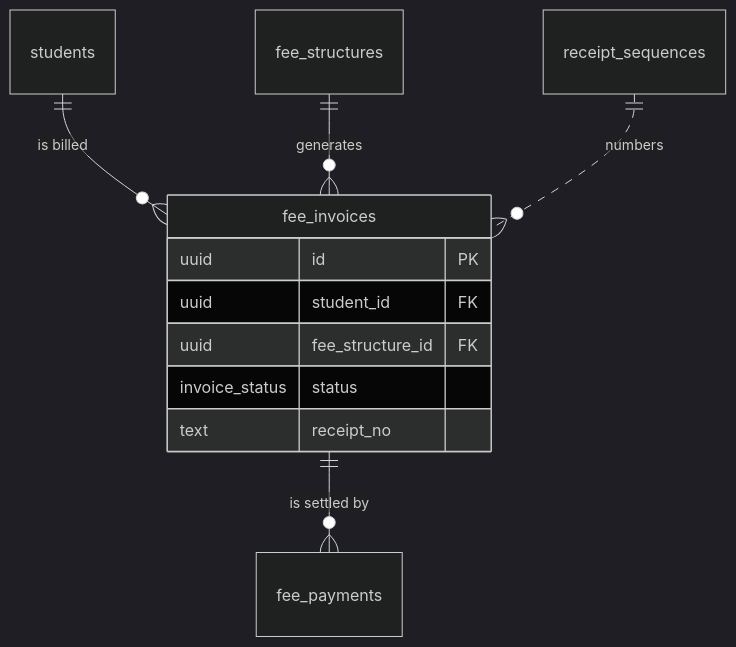
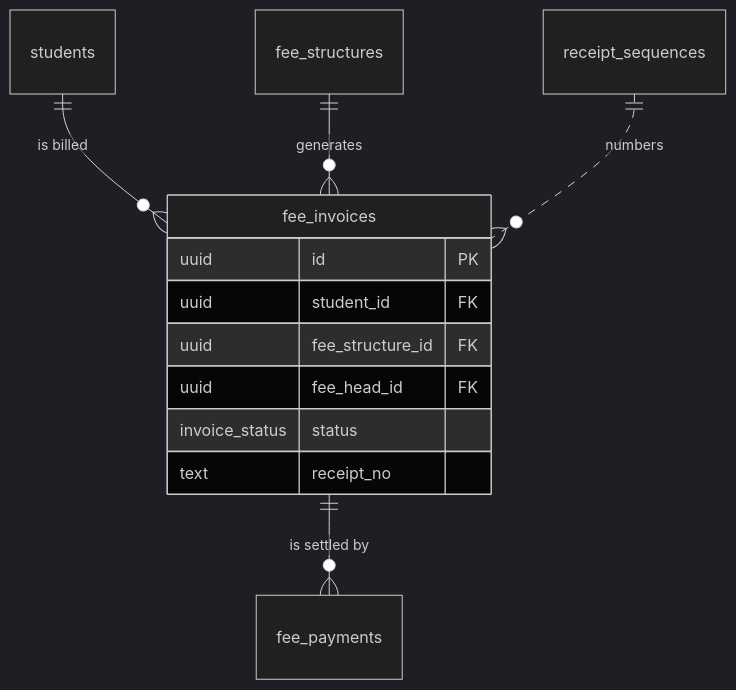
Before and after one commit to rahmat058/school-flow-ai: diagram 26 of 45 in docs/backend/Database.md, drawn with Mermaid (dark theme). The commit also changed other lines of this file and 35 other files, not shown here.

````diff
--- a/docs/backend/Database.md
+++ b/docs/backend/Database.md
@@ -1039,14 +1054,15 @@
 ```mermaid
 erDiagram
   students ||--o{ fee_invoices : "is billed"
   fee_structures ||--o{ fee_invoices : "generates"
   fee_invoices ||--o{ fee_payments : "is settled by"
   receipt_sequences ||..o{ fee_invoices : "numbers"
   fee_invoices {
     uuid id PK
     uuid student_id FK
     uuid fee_structure_id FK
+    uuid fee_head_id FK
     invoice_status status
     text receipt_no
   }
 ```
````
